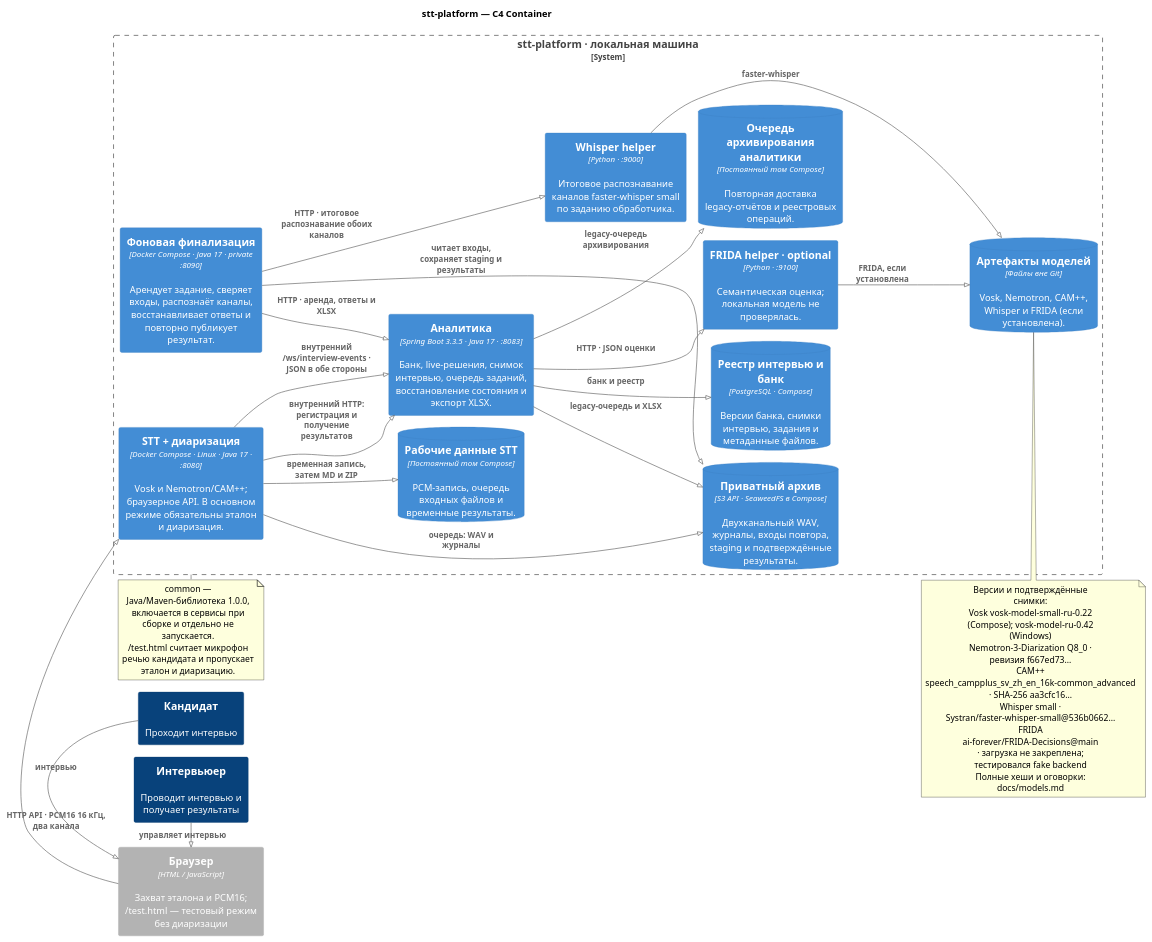
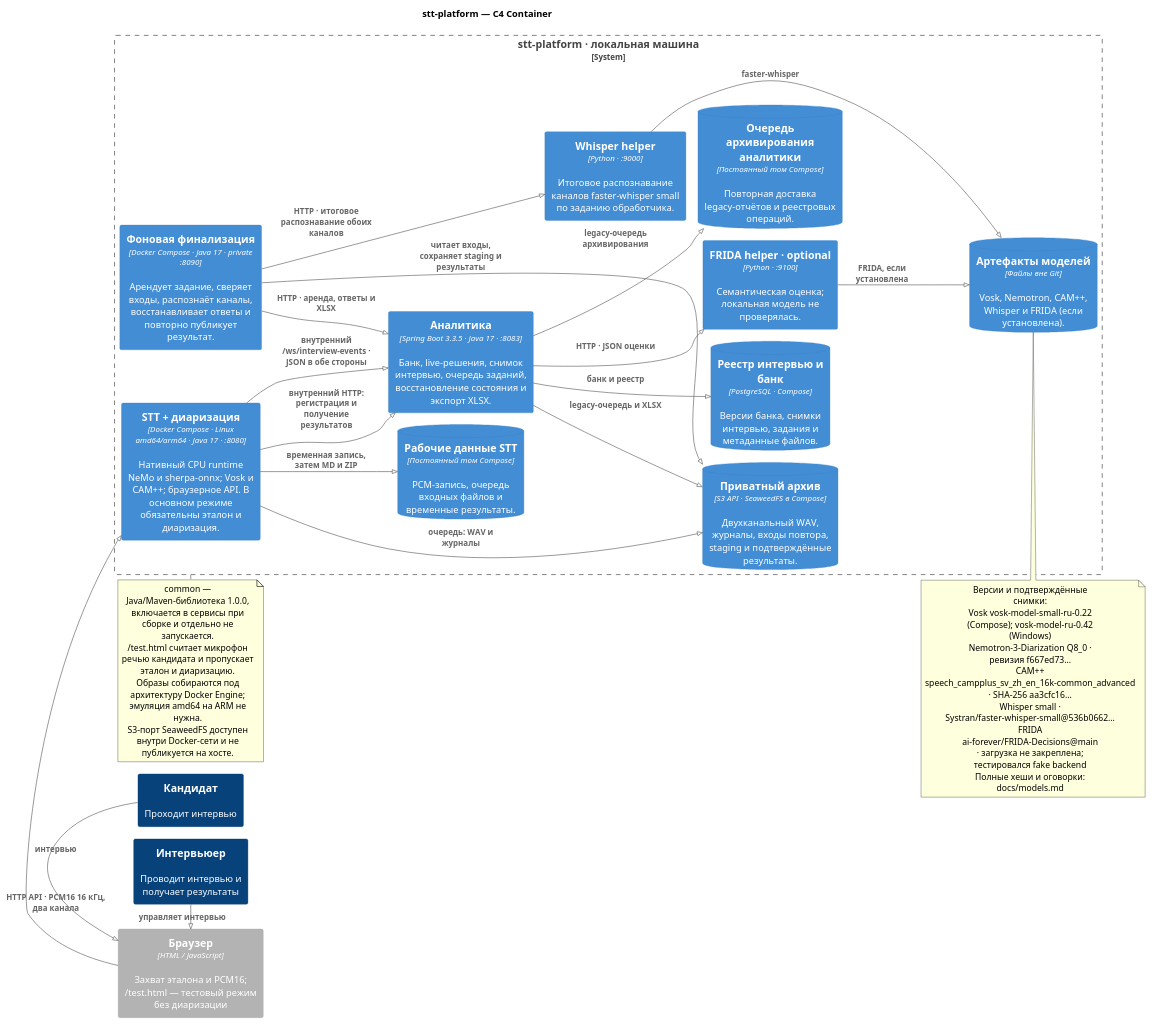
Before and after one commit to ArtemSorin/stt-platform: the diagram in docs/diagrams/stt-platform-c4.puml, drawn with PlantUML. The commit also changed 13 other files, not shown here.

```diff
--- a/docs/diagrams/stt-platform-c4.puml
+++ b/docs/diagrams/stt-platform-c4.puml
@@ -1,59 +1,61 @@
 @startuml stt-platform-c4
 !pragma layout smetana
 !include <C4/C4_Container>
 
 title stt-platform — C4 Container
 LAYOUT_LEFT_RIGHT()
 HIDE_PERSON_SPRITE()
 HIDE_STEREOTYPE()
 
 Person(candidate, "Кандидат", "Проходит интервью")
 Person(interviewer, "Интервьюер", "Проводит интервью и получает результаты")
 Container_Ext(browser, "Браузер", "HTML / JavaScript", "Захват эталона и PCM16; /test.html — тестовый режим без диаризации")
 
 System_Boundary(platform, "stt-platform · локальная машина") {
-    Container(stt, "STT + диаризация", "Docker Compose · Linux · Java 17 · :8080", "Vosk и Nemotron/CAM++; браузерное API. В основном режиме обязательны эталон и диаризация.")
+    Container(stt, "STT + диаризация", "Docker Compose · Linux amd64/arm64 · Java 17 · :8080", "Нативный CPU runtime NeMo и sherpa-onnx; Vosk и CAM++; браузерное API. В основном режиме обязательны эталон и диаризация.")
     Container(analytics, "Аналитика", "Spring Boot 3.3.5 · Java 17 · :8083", "Банк, live-решения, снимок интервью, очередь заданий, восстановление состояния и экспорт XLSX.")
     Container(worker, "Фоновая финализация", "Docker Compose · Java 17 · private :8090", "Арендует задание, сверяет входы, распознаёт каналы, восстанавливает ответы и повторно публикует результат.")
     Container(whisper, "Whisper helper", "Python · :9000", "Итоговое распознавание каналов faster-whisper small по заданию обработчика.")
     Container(frida, "FRIDA helper · optional", "Python · :9100", "Семантическая оценка; локальная модель не проверялась.")
     ContainerDb(models, "Артефакты моделей", "Файлы вне Git", "Vosk, Nemotron, CAM++, Whisper и FRIDA (если установлена).")
     ContainerDb(reports, "Очередь архивирования аналитики", "Постоянный том Compose", "Повторная доставка legacy-отчётов и реестровых операций.")
     ContainerDb(transcripts, "Рабочие данные STT", "Постоянный том Compose", "PCM-запись, очередь входных файлов и временные результаты.")
     ContainerDb(database, "Реестр интервью и банк", "PostgreSQL · Compose", "Версии банка, снимки интервью, задания и метаданные файлов.")
     ContainerDb(objects, "Приватный архив", "S3 API · SeaweedFS в Compose", "Двухканальный WAV, журналы, входы повтора, staging и подтверждённые результаты.")
 }
 
 Rel_R(candidate, browser, "интервью")
 Rel_R(interviewer, browser, "управляет интервью")
 Rel_R(browser, stt, "HTTP API · PCM16 16 кГц, два канала")
 Rel_R(stt, analytics, "внутренний /ws/interview-events · JSON в обе стороны")
 Rel_D(worker, whisper, "HTTP · итоговое распознавание обоих каналов")
 Rel_D(worker, analytics, "HTTP · аренда, ответы и XLSX")
 Rel_D(worker, objects, "читает входы, сохраняет staging и результаты")
 Rel_D(stt, transcripts, "временная запись, затем MD и ZIP")
 Rel_D(analytics, frida, "HTTP · JSON оценки")
 Rel_D(analytics, reports, "legacy-очередь архивирования")
 Rel_D(analytics, database, "банк и реестр")
 Rel_D(analytics, objects, "legacy-очередь и XLSX")
 Rel_D(stt, objects, "очередь: WAV и журналы")
 Rel_D(stt, analytics, "внутренний HTTP: регистрация и получение результатов")
 Rel_D(whisper, models, "faster-whisper")
 Rel_D(frida, models, "FRIDA, если установлена")
 
 note bottom of models
   Версии и подтверждённые снимки:
   Vosk vosk-model-small-ru-0.22 (Compose); vosk-model-ru-0.42 (Windows)
   Nemotron-3-Diarization Q8_0 · ревизия f667ed73…
   CAM++ speech_campplus_sv_zh_en_16k-common_advanced · SHA-256 aa3cfc16…
   Whisper small · Systran/faster-whisper-small@536b0662…
   FRIDA ai-forever/FRIDA-Decisions@main · загрузка не закреплена; тестировался fake backend
   Полные хеши и оговорки: docs/models.md
 end note
 
 note bottom of platform
   common — Java/Maven-библиотека 1.0.0, включается в сервисы при сборке и отдельно не запускается.
   /test.html считает микрофон речью кандидата и пропускает эталон и диаризацию.
+  Образы собираются под архитектуру Docker Engine; эмуляция amd64 на ARM не нужна.
+  S3-порт SeaweedFS доступен внутри Docker-сети и не публикуется на хосте.
 end note
 
 @enduml
```
